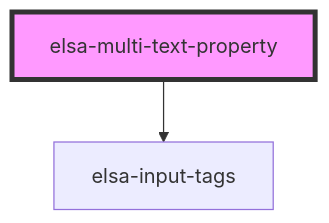
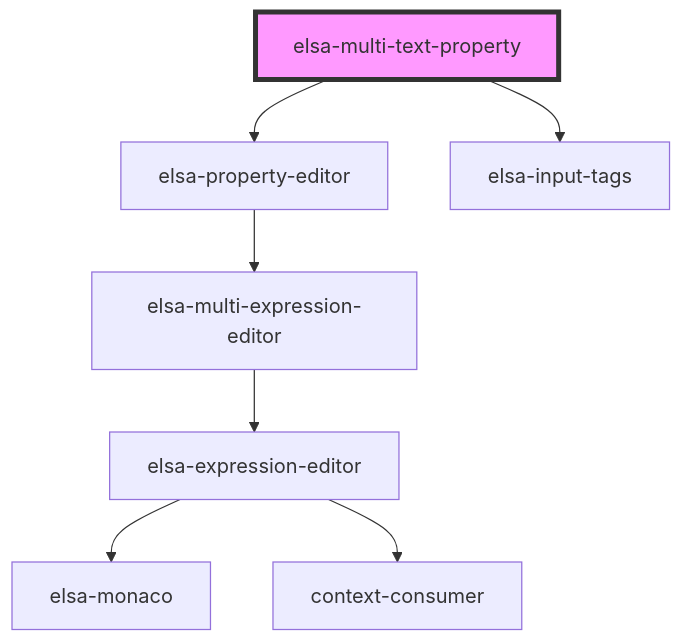
One commit to elsa-workflows/elsa-core changed the diagram in src/designer/elsa-workflows-studio/src/components/editors/properties/elsa-multi-text-property/readme.md. Above: the diagram before and after it, drawn with Mermaid. The commit also changed other lines of this file and 32 other files, not shown here.

````diff
--- a/src/designer/elsa-workflows-studio/src/components/editors/properties/elsa-multi-text-property/readme.md
+++ b/src/designer/elsa-workflows-studio/src/components/editors/properties/elsa-multi-text-property/readme.md
@@ -23,5 +24,10 @@
 ```mermaid
 graph TD;
+  elsa-multi-text-property --> elsa-property-editor
   elsa-multi-text-property --> elsa-input-tags
+  elsa-property-editor --> elsa-multi-expression-editor
+  elsa-multi-expression-editor --> elsa-expression-editor
+  elsa-expression-editor --> elsa-monaco
+  elsa-expression-editor --> context-consumer
   style elsa-multi-text-property fill:#f9f,stroke:#333,stroke-width:4px
 ```
````
